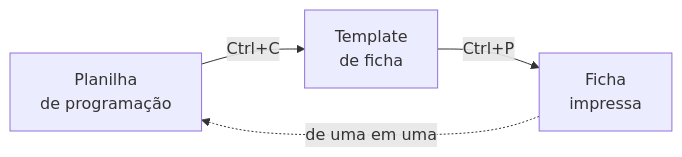
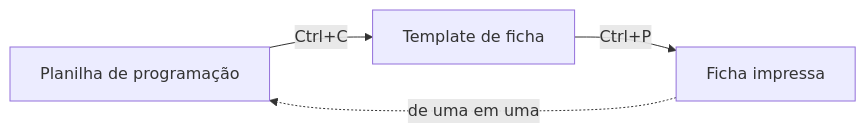
One commit to RichardAlves8/SPDF changed the second of 2 diagrams in README.md. Above: the diagram before and after it, drawn with Mermaid. The commit also changed other lines of this file and 16 other files, not shown here.

````diff
--- a/README.md
+++ b/README.md
@@ -9,6 +43,6 @@
 ```mermaid
 flowchart LR
-    A[Planilha\nde programação] -->|Ctrl+C| B[Template\nde ficha]
-    B -->|Ctrl+P| C[Ficha\nimpressa]
+    A["Planilha de programação"] -->|Ctrl+C| B["Template de ficha"]
+    B -->|Ctrl+P| C["Ficha impressa"]
     C -.->|de uma em uma| A
 ```
````
